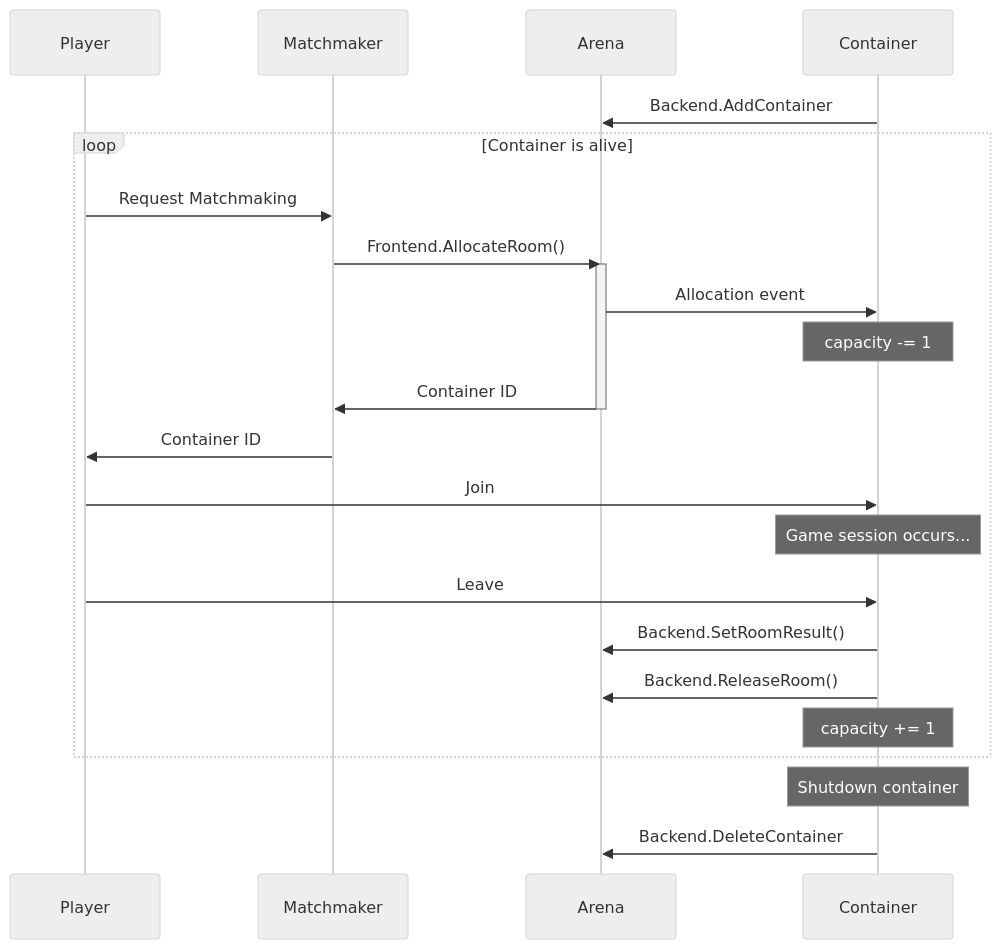
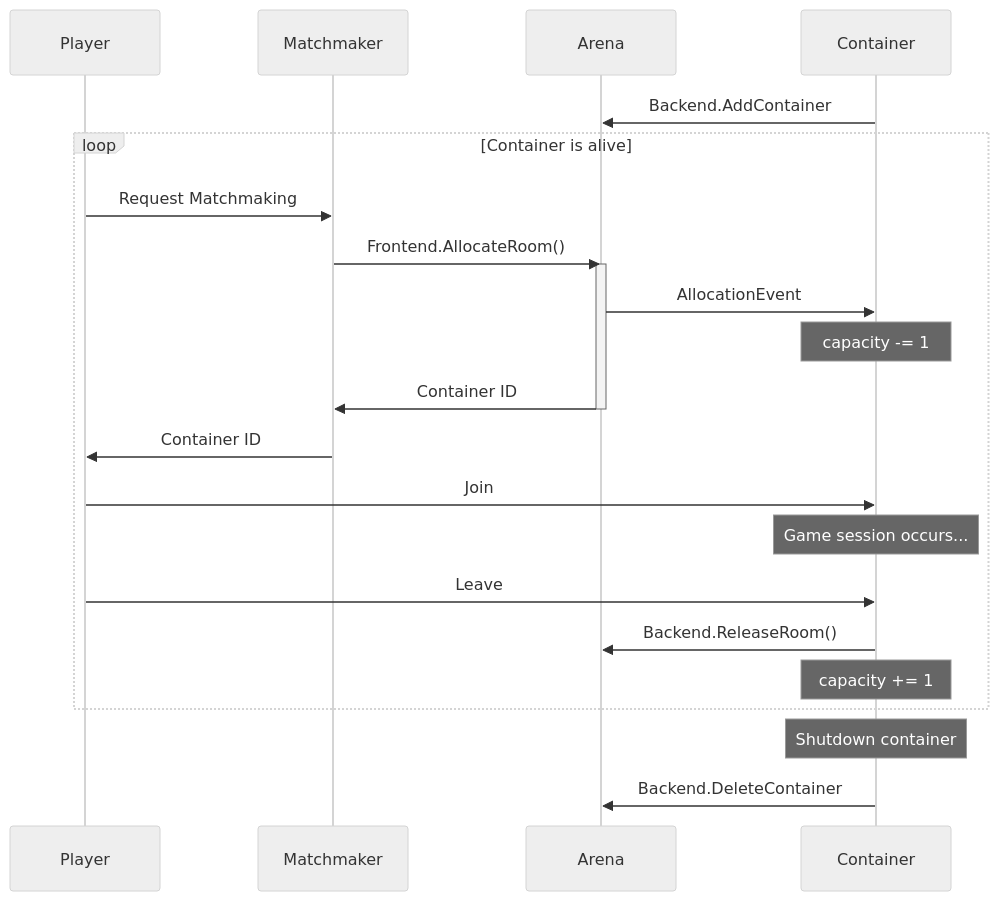
Before and after one commit to castaneai/arena: the diagram in README.md, drawn with Mermaid (neutral theme). The commit also changed 10 other files, not shown here.

````diff
--- a/README.md
+++ b/README.md
@@ -21,28 +21,27 @@
 ```mermaid
 sequenceDiagram
     participant Player
     participant Matchmaker
     participant Arena
     participant Container
 
     Container ->> Arena: Backend.AddContainer
     loop Container is alive
         Player ->> Matchmaker: Request Matchmaking
         Matchmaker ->> Arena: Frontend.AllocateRoom()
         activate Arena
-        Arena ->> Container: Allocation event
+        Arena ->> Container: AllocationEvent
         Note over Container: capacity -= 1
         Arena ->> Matchmaker: Container ID
         deactivate Arena
         Matchmaker ->> Player: Container ID
 
         Player ->> Container: Join
         Note over Container: Game session occurs...
         Player ->> Container: Leave
-        Container ->> Arena: Backend.SetRoomResult()
         Container ->> Arena: Backend.ReleaseRoom()
         Note over Container: capacity += 1
     end
     Note over Container: Shutdown container
     Container ->> Arena: Backend.DeleteContainer
 ```
````
